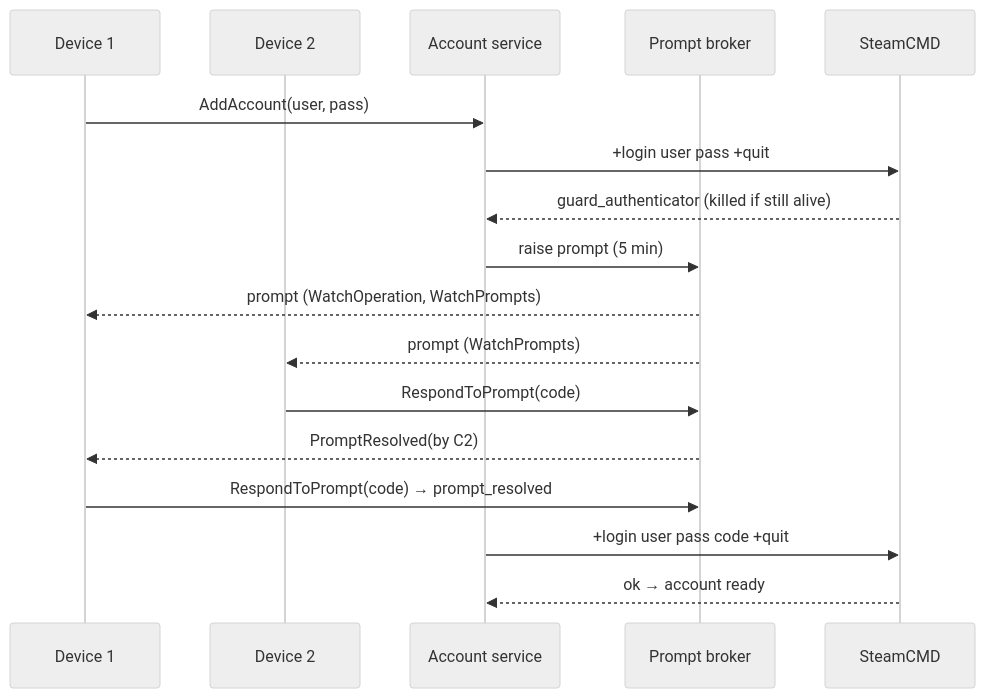
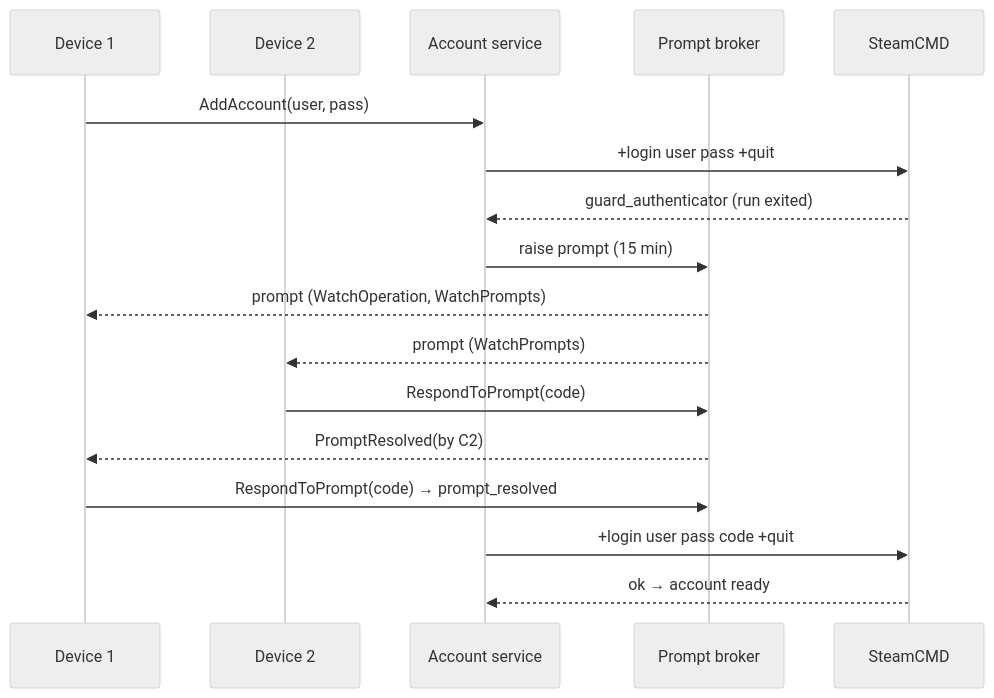
Before and after one commit to sh1ny/yagura: the fourth of 6 diagrams in openspec/changes/m3-steam-accounts-and-mods/design.md, drawn with Mermaid (neutral theme). The commit also changed other lines of this file and 3 other files, not shown here.

````diff
--- a/openspec/changes/m3-steam-accounts-and-mods/design.md
+++ b/openspec/changes/m3-steam-accounts-and-mods/design.md
@@ -263,19 +277,19 @@
 ```mermaid
 sequenceDiagram
   participant C1 as Device 1
   participant C2 as Device 2
   participant A as Account service
   participant B as Prompt broker
   participant S as SteamCMD
   C1->>A: AddAccount(user, pass)
   A->>S: +login user pass +quit
-  S-->>A: guard_authenticator (killed if still alive)
-  A->>B: raise prompt (5 min)
+  S-->>A: guard_authenticator (run exited)
+  A->>B: raise prompt (15 min)
   B-->>C1: prompt (WatchOperation, WatchPrompts)
   B-->>C2: prompt (WatchPrompts)
   C2->>B: RespondToPrompt(code)
   B-->>C1: PromptResolved(by C2)
   C1->>B: RespondToPrompt(code) → prompt_resolved
   A->>S: +login user pass code +quit
   S-->>A: ok → account ready
 ```
````
